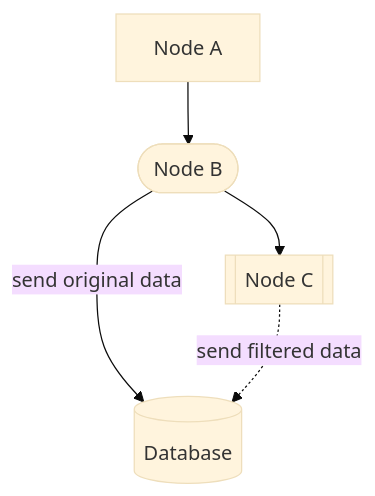
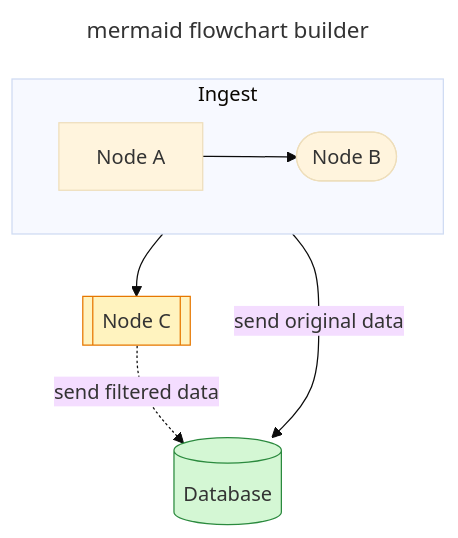
One commit to nao1215/markdown changed diagram 11 of 21 in README.md. Above: the diagram before and after it, drawn with Mermaid (base theme). The commit also changed other lines of this file and 12 other files, not shown here.

First line of the commit message:
feat(mermaid/flowchart): add subgraphs and the styling the other builders have (#181)

````diff
--- a/README.md
+++ b/README.md
@@ -1272,11 +1286,21 @@
 ```mermaid
+---
+title: "mermaid flowchart builder"
+---
 flowchart TB
-	A["Node A"]
-	B(["Node B"])
-	C[["Node C"]]
-	D[("Database")]
-	A-->B
-	B-->|"send original data"|D
-	B-->C
-	C-. "send filtered data" .-> D
+    subgraph ingest["Ingest"]
+        direction LR
+        A["Node A"]
+        B(["Node B"])
+        A-->B
+    end
+    C[["Node C"]]
+    D[("Database")]
+    B-->|"send original data"|D
+    B-->C
+    C-. "send filtered data" .-> D
+    classDef stored fill:#d4f7d4,stroke:#2b8a3e
+    class D stored
+    style C fill:#fff3bf,stroke:#e67700
+    click D "https://example.com/database" "The database"
 ```
````
